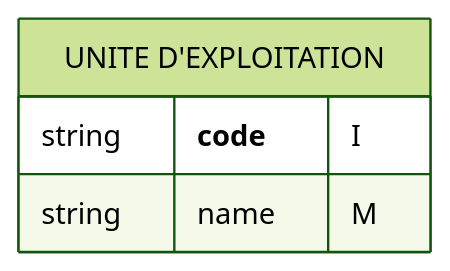
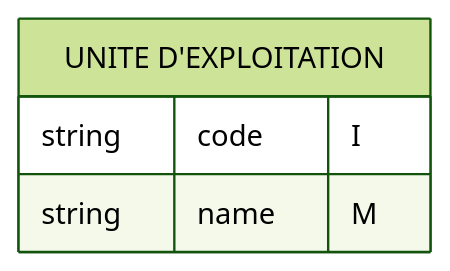
The ninth of 16 diagrams in docs/modele.md (MTES-MCT/qualicharge), drawn with Mermaid (forest theme) before and after one commit. The commit also changed other lines of this file, not shown here.

Commit message:
remove MD into mermais diagram

````diff
--- a/docs/modele.md
+++ b/docs/modele.md
@@ -216,7 +216,7 @@
 ```mermaid
 erDiagram
 "UNITE D'EXPLOITATION" {
-  string **code** "I"
+  string code "I"
   string name "M"
   }
 ```
````
